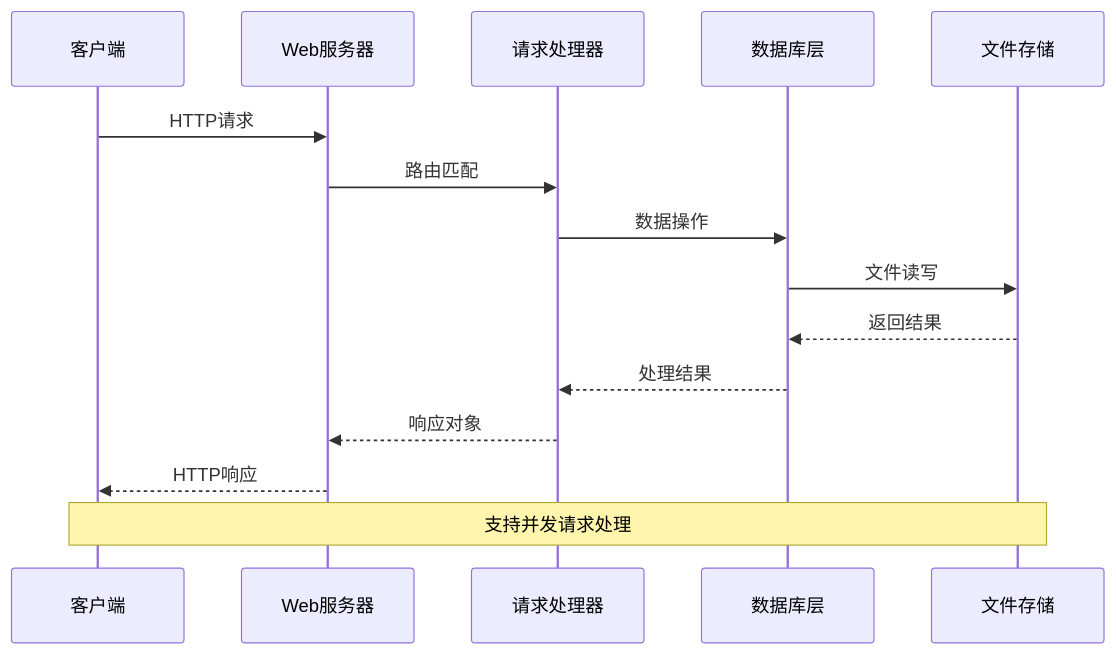
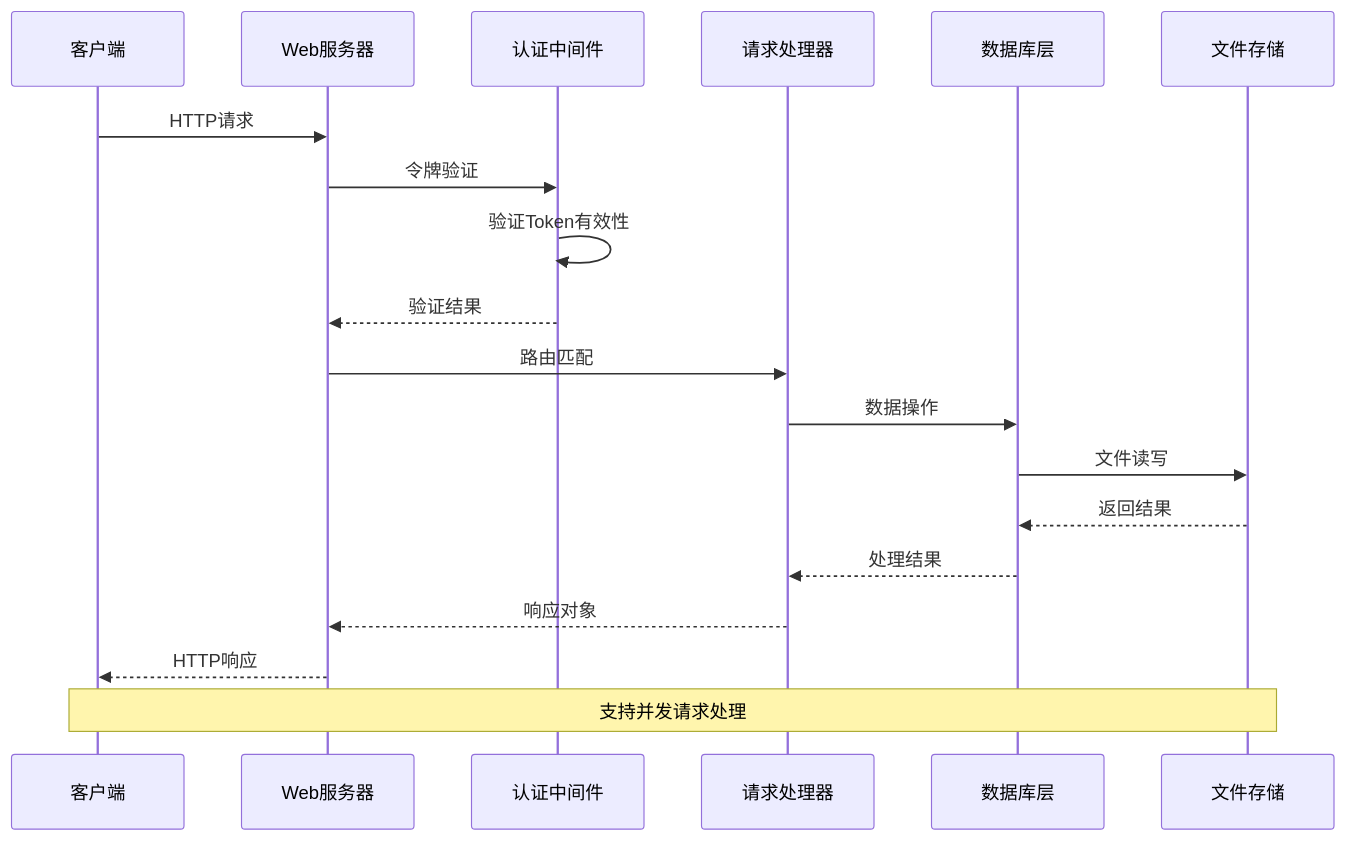
Before and after one commit to qq20739111/weilushishe-lishitai: the second of 5 diagrams in .qoder/repowiki/zh/content/API接口文档/API接口文档.md, drawn with Mermaid. The commit also changed other lines of this file and 23 other files, not shown here.

````diff
--- a/.qoder/repowiki/zh/content/API接口文档/API接口文档.md
+++ b/.qoder/repowiki/zh/content/API接口文档/API接口文档.md
@@ -118,17 +140,21 @@
 ```mermaid
 sequenceDiagram
 participant Client as 客户端
 participant Server as Web服务器
+participant Auth as 认证中间件
 participant Handler as 请求处理器
 participant DB as 数据库层
 participant Storage as 文件存储
 Client->>Server : HTTP请求
+Server->>Auth : 令牌验证
+Auth->>Auth : 验证Token有效性
+Auth-->>Server : 验证结果
 Server->>Handler : 路由匹配
 Handler->>DB : 数据操作
 DB->>Storage : 文件读写
 Storage-->>DB : 返回结果
 DB-->>Handler : 处理结果
 Handler-->>Server : 响应对象
 Server-->>Client : HTTP响应
 Note over Client,Storage : 支持并发请求处理
 ```
````
